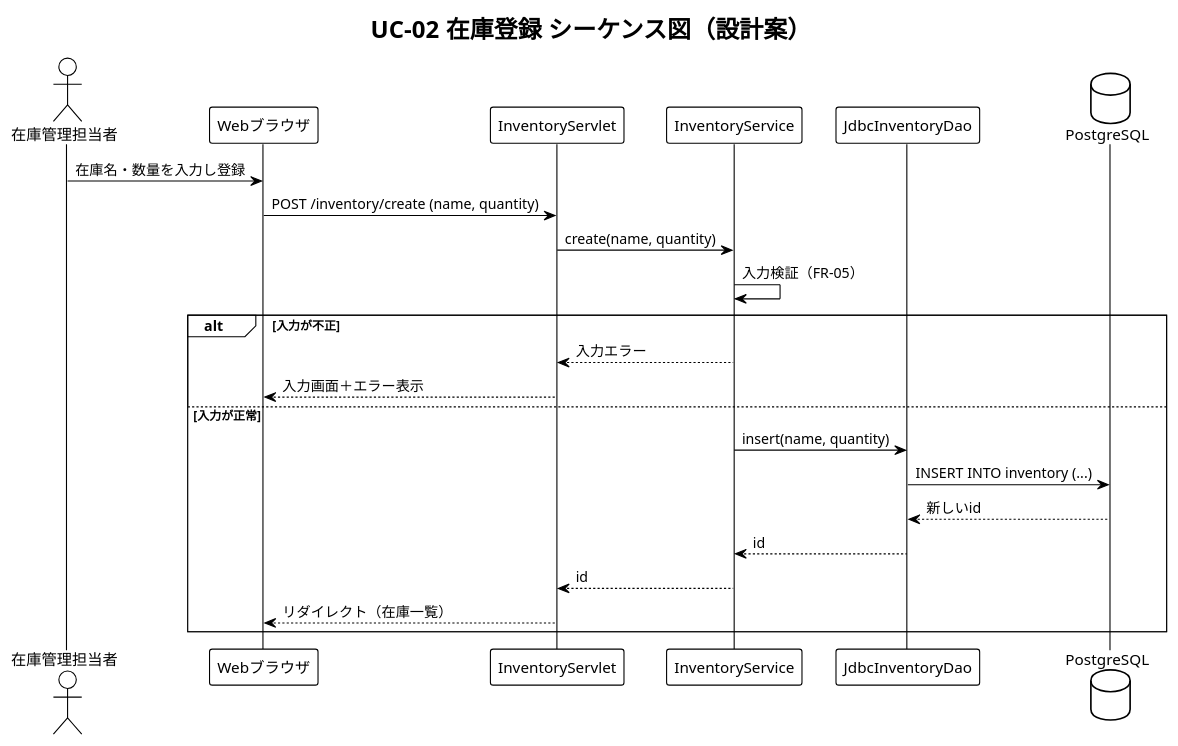
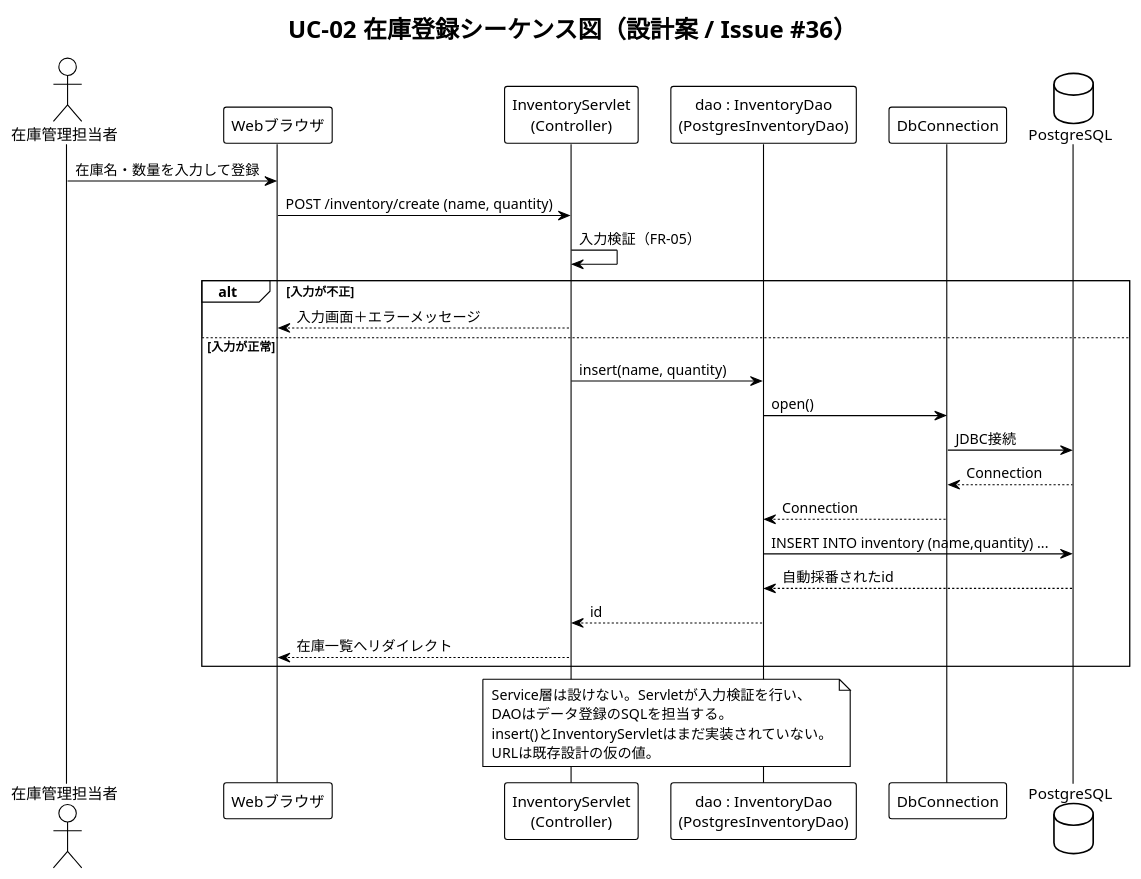
One commit to polyfortrain/inventory-app changed the diagram in docs/internal-design/diagrams/sequence-create.puml. Above: the diagram before and after it, drawn with PlantUML. The commit also changed 14 other files, not shown here.

```diff
--- a/docs/internal-design/diagrams/sequence-create.puml
+++ b/docs/internal-design/diagrams/sequence-create.puml
@@ -1,25 +1,34 @@
 @startuml
 !theme plain
-title UC-02 在庫登録 シーケンス図（設計案）
+title UC-02 在庫登録シーケンス図（設計案 / Issue #36）
 actor "在庫管理担当者" as User
 participant "Webブラウザ" as Browser
-participant InventoryServlet as Servlet
-participant InventoryService as Service
-participant "JdbcInventoryDao" as Dao
-database PostgreSQL as DB
-User -> Browser: 在庫名・数量を入力し登録
-Browser -> Servlet: POST /inventory/create (name, quantity)
-Servlet -> Service: create(name, quantity)
-Service -> Service: 入力検証（FR-05）
+participant "InventoryServlet\n(Controller)" as Servlet
+participant "dao : InventoryDao\n(PostgresInventoryDao)" as Dao
+participant "DbConnection" as Conn
+database "PostgreSQL" as DB
+
+User -> Browser : 在庫名・数量を入力して登録
+Browser -> Servlet : POST /inventory/create (name, quantity)
+Servlet -> Servlet : 入力検証（FR-05）
 alt 入力が不正
-  Service --> Servlet: 入力エラー
-  Servlet --> Browser: 入力画面＋エラー表示
+  Servlet --> Browser : 入力画面＋エラーメッセージ
 else 入力が正常
-  Service -> Dao: insert(name, quantity)
-  Dao -> DB: INSERT INTO inventory (...)
-  DB --> Dao: 新しいid
-  Dao --> Service: id
-  Service --> Servlet: id
-  Servlet --> Browser: リダイレクト（在庫一覧）
+  Servlet -> Dao : insert(name, quantity)
+  Dao -> Conn : open()
+  Conn -> DB : JDBC接続
+  DB --> Conn : Connection
+  Conn --> Dao : Connection
+  Dao -> DB : INSERT INTO inventory (name,quantity) ...
+  DB --> Dao : 自動採番されたid
+  Dao --> Servlet : id
+  Servlet --> Browser : 在庫一覧へリダイレクト
 end
+
+note over Servlet,Dao
+  Service層は設けない。Servletが入力検証を行い、
+  DAOはデータ登録のSQLを担当する。
+  insert()とInventoryServletはまだ実装されていない。
+  URLは既存設計の仮の値。
+end note
 @enduml
```
